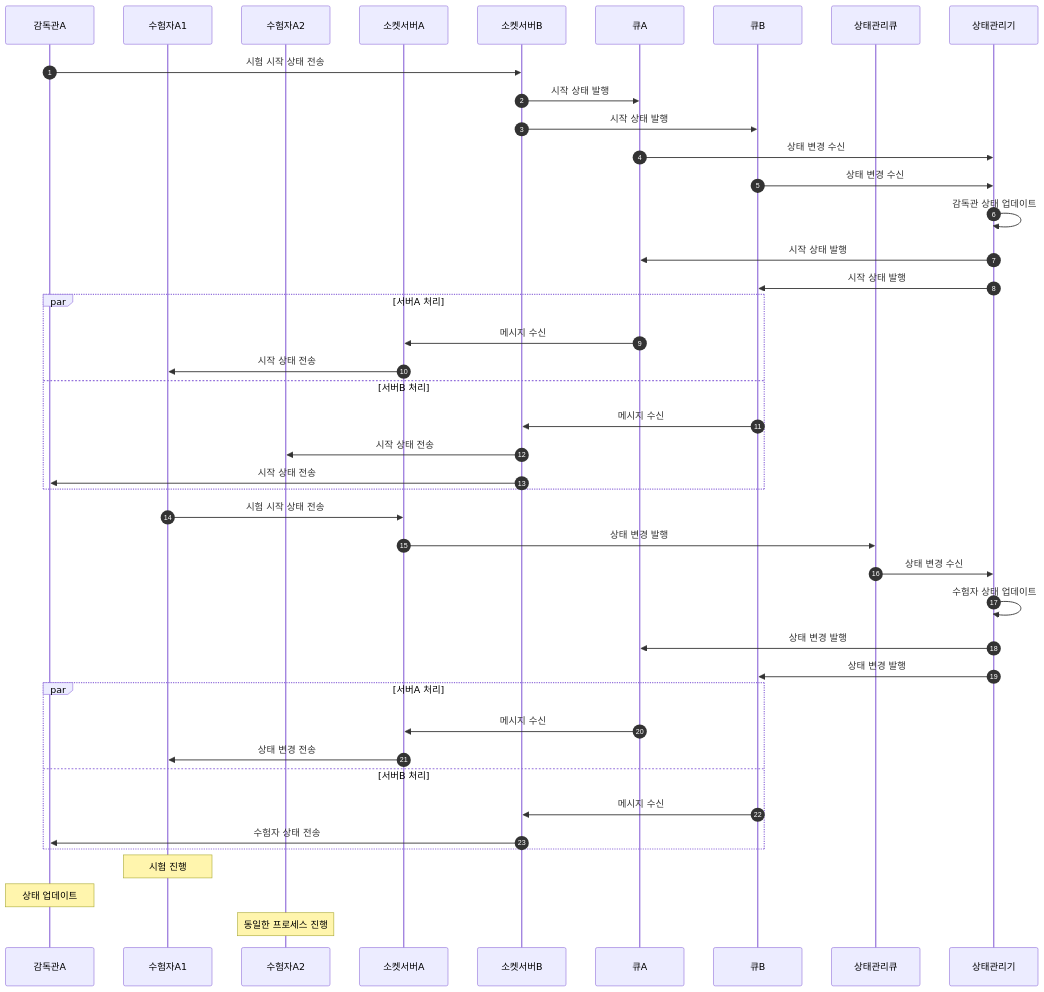
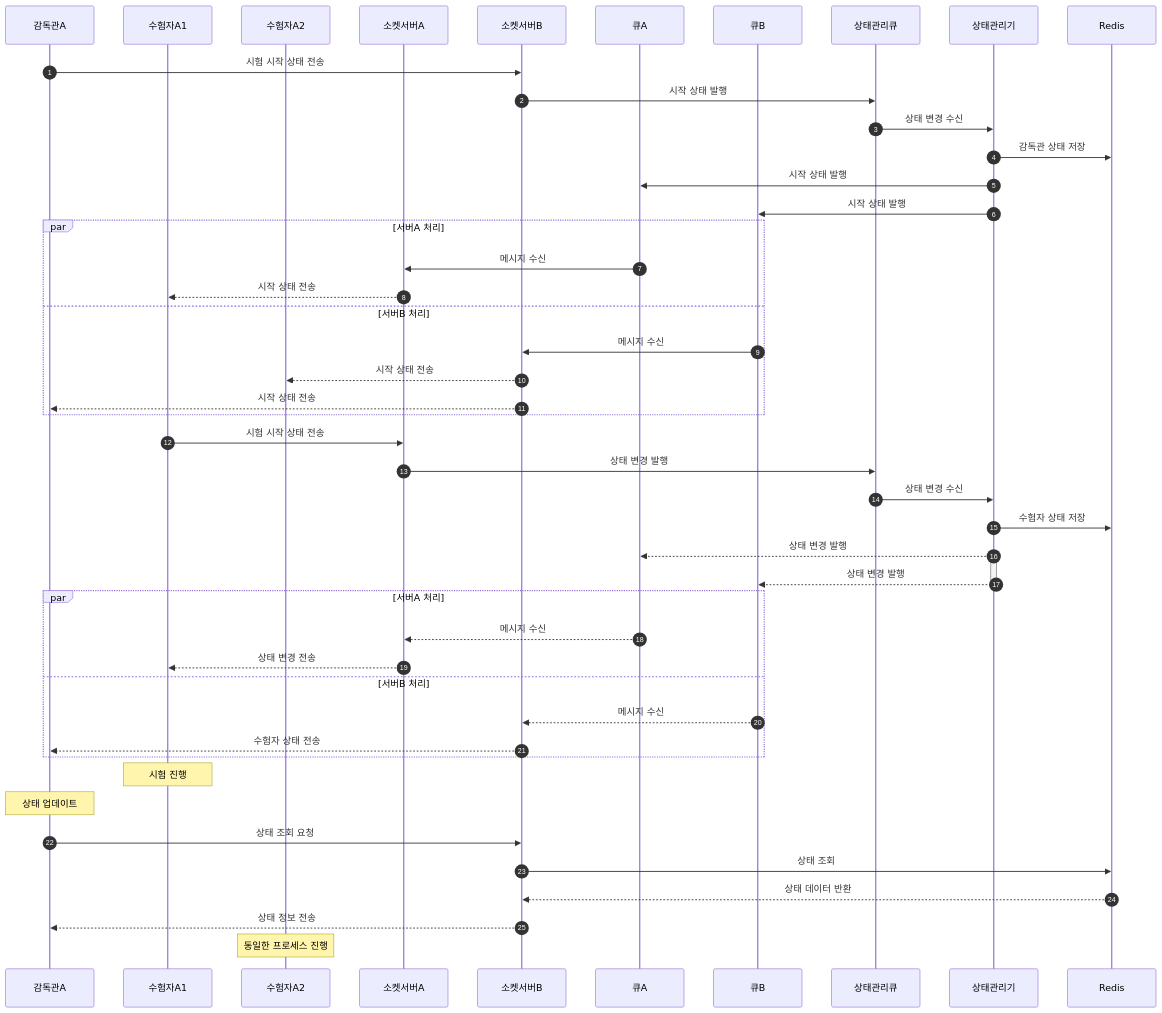
The third of 3 diagrams in 시나리오/07 분산 소켓 서버 환경 시나리오.md (ldmrepo/exam-arch), drawn with Mermaid before and after one commit. The commit also changed other lines of this file, not shown here.

Commit message:
상태 처리 다이어그램의 스타일 및 텍스트 수정

````diff
--- a/시나리오/07 분산 소켓 서버 환경 시나리오.md
+++ b/시나리오/07 분산 소켓 서버 환경 시나리오.md
@@ -144,58 +122,63 @@
 ```mermaid
 sequenceDiagram
     autonumber
     participant SupA as 감독관A
     participant CA1 as 수험자A1
     participant CA2 as 수험자A2
     participant SSA as 소켓서버A
     participant SSB as 소켓서버B
     participant QA as 큐A
     participant QB as 큐B
     participant SQ as 상태관리큐
     participant SM as 상태관리기
+    participant RD as Redis
 
     %% 감독관 시험 시작 명령
     SupA->>SSB: 시험 시작 상태 전송
-    SSB->>QA: 시작 상태 발행
-    SSB->>QB: 시작 상태 발행
+    SSB->>SQ: 시작 상태 발행
 
     %% 상태관리기 처리
-    QA->>SM: 상태 변경 수신
-    QB->>SM: 상태 변경 수신
-    SM->>SM: 감독관 상태 업데이트
+    SQ->>SM: 상태 변경 수신
+    SM->>RD: 감독관 상태 저장
     SM->>QA: 시작 상태 발행
     SM->>QB: 시작 상태 발행
 
     %% 소켓서버 메시지 전달
     par 서버A 처리
         QA->>SSA: 메시지 수신
-        SSA->>CA1: 시작 상태 전송
+        SSA-->>CA1: 시작 상태 전송
     and 서버B 처리
         QB->>SSB: 메시지 수신
-        SSB->>CA2: 시작 상태 전송
-        SSB->>SupA: 시작 상태 전송
+        SSB-->>CA2: 시작 상태 전송
+        SSB-->>SupA: 시작 상태 전송
     end
 
     %% 수험자A1 응답
     CA1->>SSA: 시험 시작 상태 전송
     SSA->>SQ: 상태 변경 발행
     SQ->>SM: 상태 변경 수신
-    SM->>SM: 수험자 상태 업데이트
-    SM->>QA: 상태 변경 발행
-    SM->>QB: 상태 변경 발행
-
+    SM->>RD: 수험자 상태 저장
+    SM-->>QA: 상태 변경 발행
+    activate SM
+    SM-->>QB: 상태 변경 발행
+    deactivate SM
     par 서버A 처리
-        QA->>SSA: 메시지 수신
-        SSA->>CA1: 상태 변경 전송
+        QA-->>SSA: 메시지 수신
+        SSA-->>CA1: 상태 변경 전송
     and 서버B 처리
-        QB->>SSB: 메시지 수신
-        SSB->>SupA: 수험자 상태 전송
+        QB-->>SSB: 메시지 수신
+        SSB-->>SupA: 수험자 상태 전송
     end
 
     Note over CA1: 시험 진행
     Note over SupA: 상태 업데이트
 
+    %% 상태 조회 프로세스
+    SupA->>SSB: 상태 조회 요청
+    SSB->>RD: 상태 조회
+    RD-->>SSB: 상태 데이터 반환
+    SSB-->>SupA: 상태 정보 전송
+
     %% 수험자A2 동일 프로세스 (생략)
     Note over CA2: 동일한 프로세스 진행
-
 ```
````
